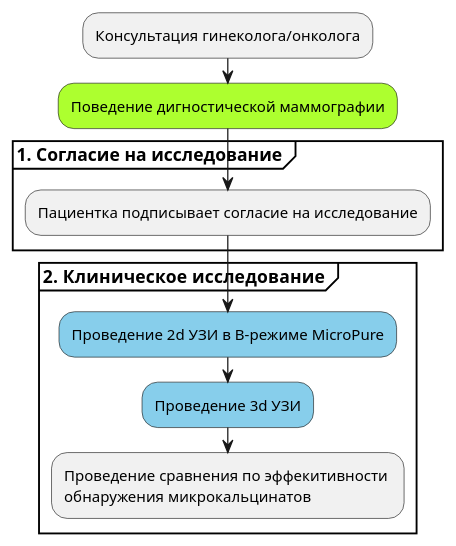
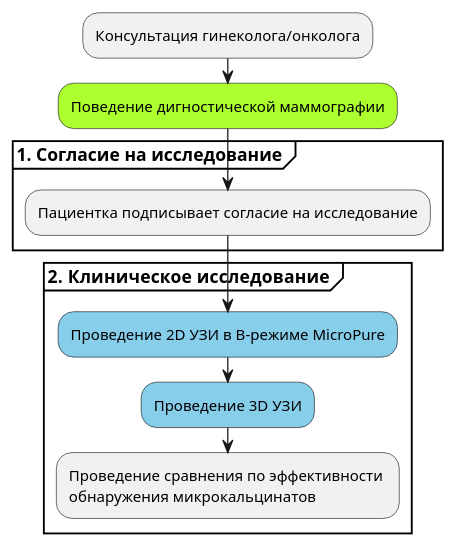
Before and after one commit to AndreyPovaliy/ABUS_US_diagnostics: the diagram in Text_work/Articles/Calc_abus_accur/sheme1.puml, drawn with PlantUML. The commit also changed 52 other files, not shown here.

```diff
--- a/Text_work/Articles/Calc_abus_accur/sheme1.puml
+++ b/Text_work/Articles/Calc_abus_accur/sheme1.puml
@@ -1,20 +1,20 @@
 @startuml
 
 :Консультация гинеколога/онколога;
 
 #GreenYellow:Поведение дигностической маммографии;
 
 group <b>1. Согласие на исследование </b>
 :Пациентка подписывает согласие на исследование;
 end group
 
 group <b>2.  Клиническое исследование </b>
 
-#SkyBlue:Проведение 2d УЗИ в B-режиме MicroPure;
+#SkyBlue:Проведение 2D УЗИ в B-режиме MicroPure;
 
-#SkyBlue:Проведение 3d УЗИ;
+#SkyBlue:Проведение 3D УЗИ;
 
 
-:Проведение сравнения по эффекитивности \nобнаружения микрокальцинатов;
+:Проведение сравнения по эффективности \nобнаружения микрокальцинатов;
 
 @endumll
```
